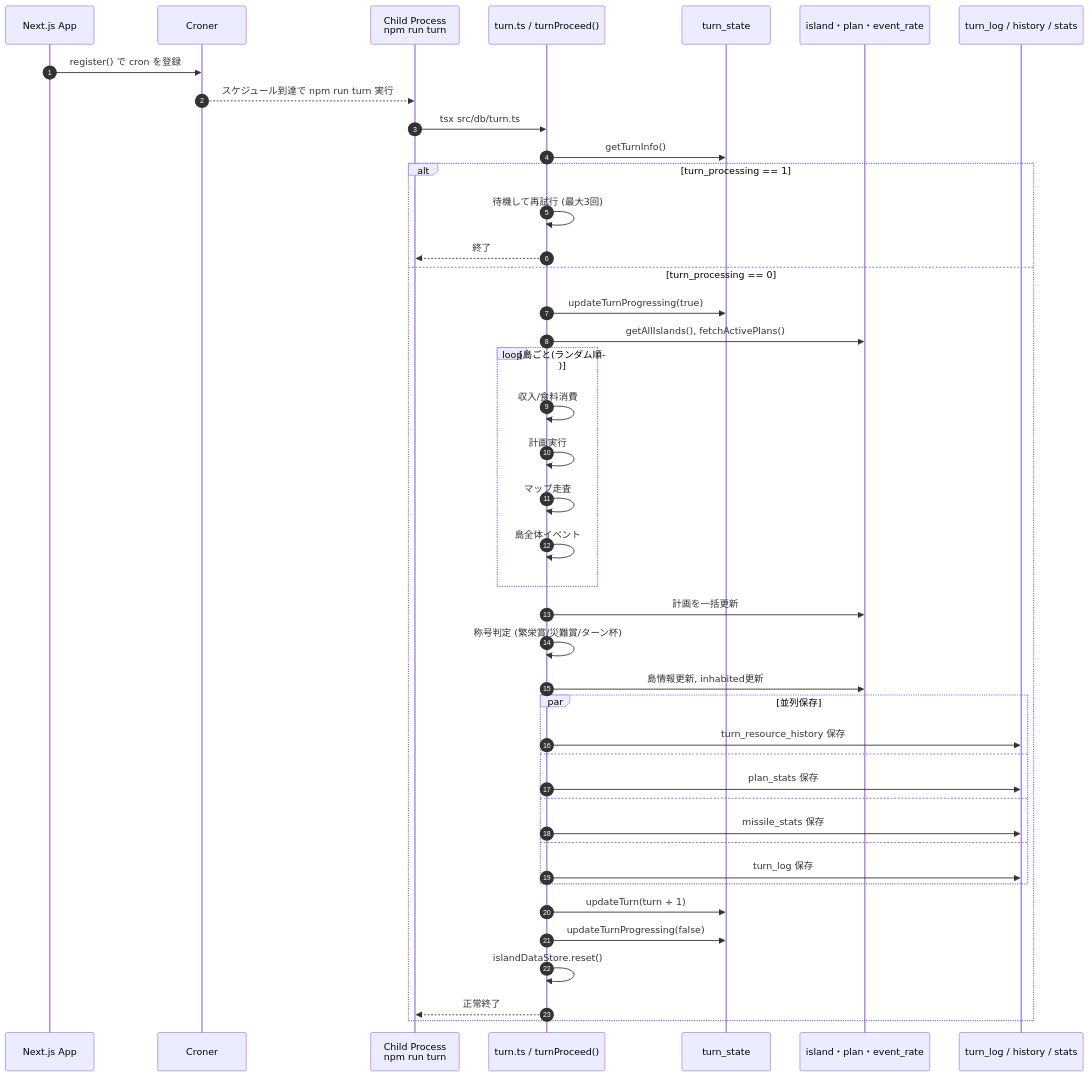
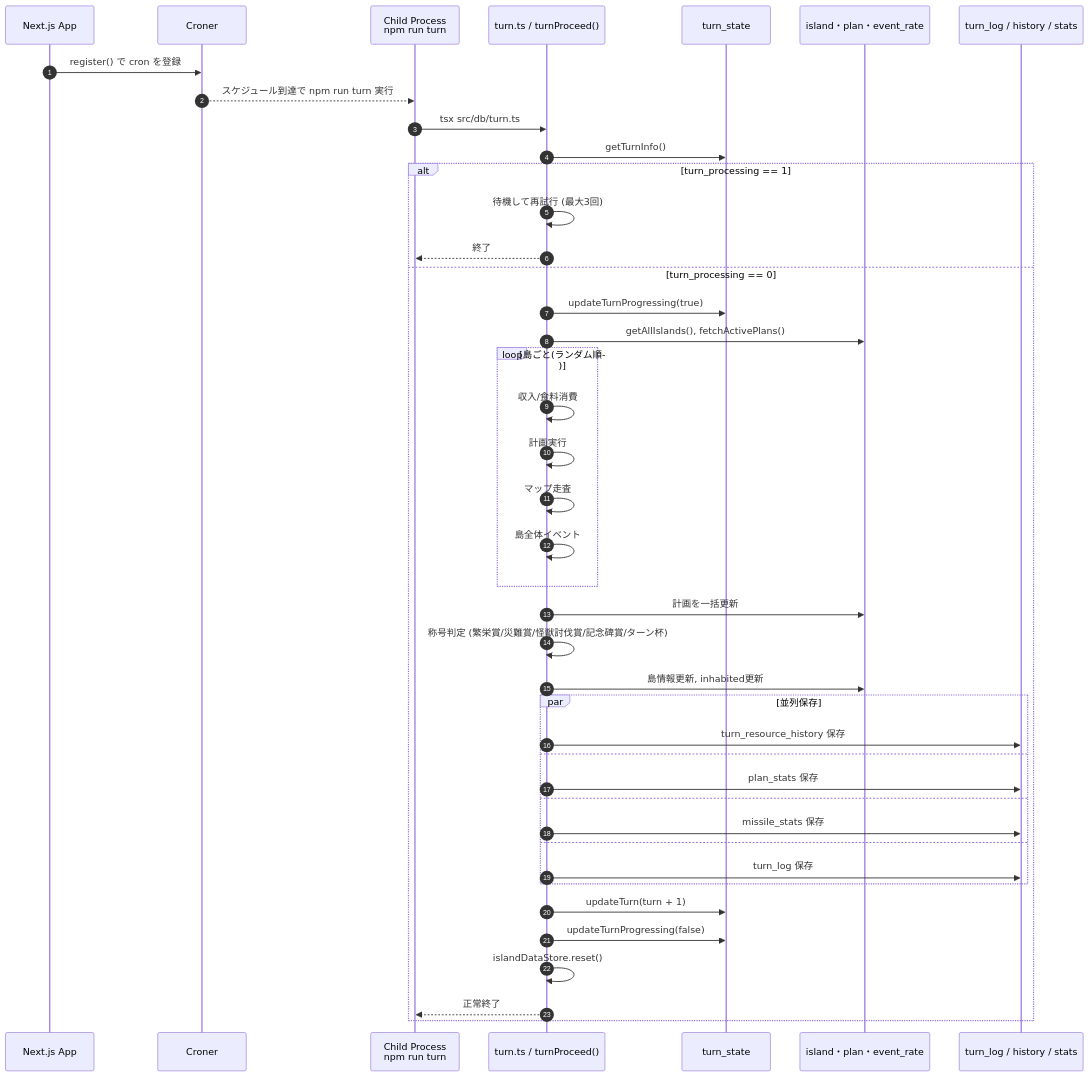
One commit to patatan168/next-hakoniwa changed the diagram in docs/turn_process_specification.md. Above: the diagram before and after it, drawn with Mermaid. The commit also changed other lines of this file and 1 other file, not shown here.

````diff
--- a/docs/turn_process_specification.md
+++ b/docs/turn_process_specification.md
@@ -65,50 +65,50 @@
 ```mermaid
 sequenceDiagram
     autonumber
     participant App as Next.js App
     participant Cron as Croner
     participant Child as Child Process<br/>npm run turn
     participant Turn as turn.ts / turnProceed()
     participant TS as turn_state
     participant DB as island・plan・event_rate
     participant LogDB as turn_log / history / stats
 
     App->>Cron: register() で cron を登録
     Cron-->>Child: スケジュール到達で npm run turn 実行
     Child->>Turn: tsx src/db/turn.ts
 
     Turn->>TS: getTurnInfo()
     alt turn_processing == 1
         Turn->>Turn: 待機して再試行 (最大3回)
         Turn-->>Child: 終了
     else turn_processing == 0
         Turn->>TS: updateTurnProgressing(true)
         Turn->>DB: getAllIslands(), fetchActivePlans()
 
         loop 島ごと(ランダム順)
             Turn->>Turn: 収入/食料消費
             Turn->>Turn: 計画実行
             Turn->>Turn: マップ走査
             Turn->>Turn: 島全体イベント
         end
 
         Turn->>DB: 計画を一括更新
-        Turn->>Turn: 称号判定 (繁栄賞/災難賞/ターン杯)
+        Turn->>Turn: 称号判定 (繁栄賞/災難賞/怪獣討伐賞/記念碑賞/ターン杯)
         Turn->>DB: 島情報更新, inhabited更新
 
         par 並列保存
             Turn->>LogDB: turn_resource_history 保存
         and
             Turn->>LogDB: plan_stats 保存
         and
             Turn->>LogDB: missile_stats 保存
         and
             Turn->>LogDB: turn_log 保存
         end
 
         Turn->>TS: updateTurn(turn + 1)
         Turn->>TS: updateTurnProgressing(false)
         Turn->>Turn: islandDataStore.reset()
         Turn-->>Child: 正常終了
     end
 ```
````
